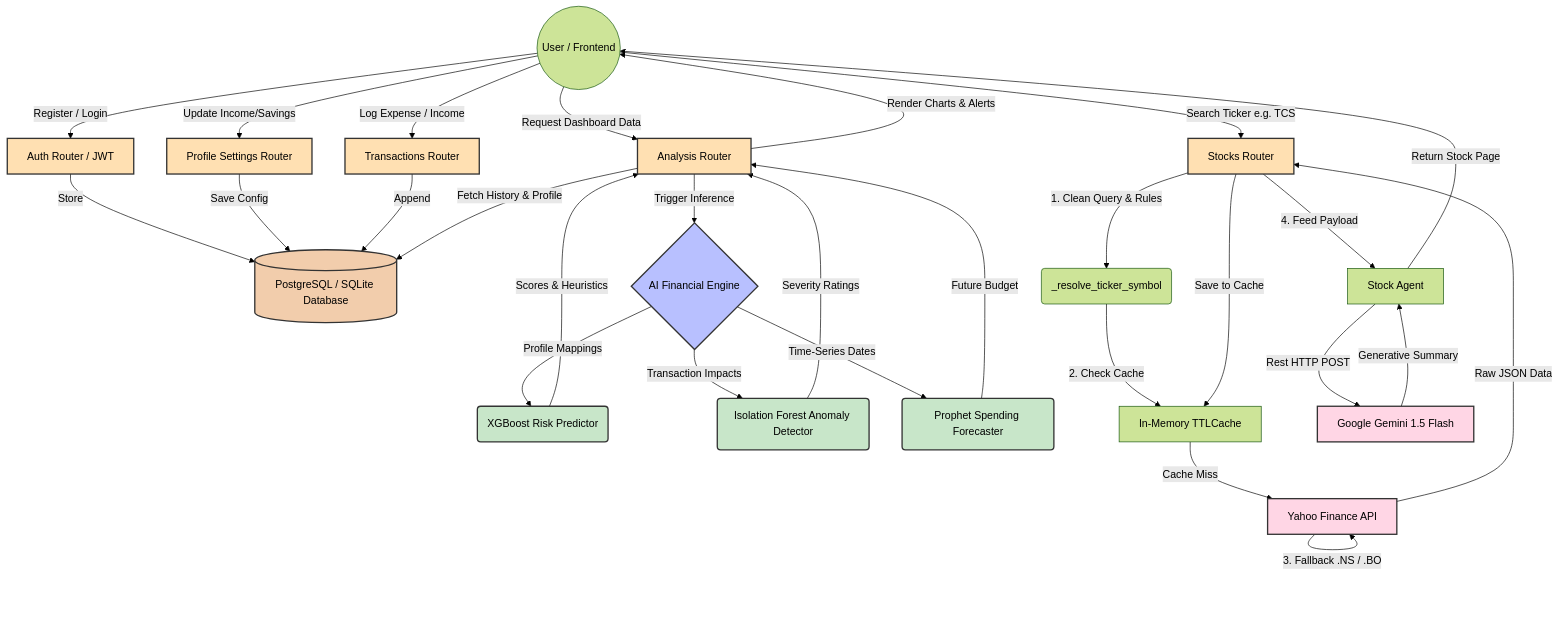
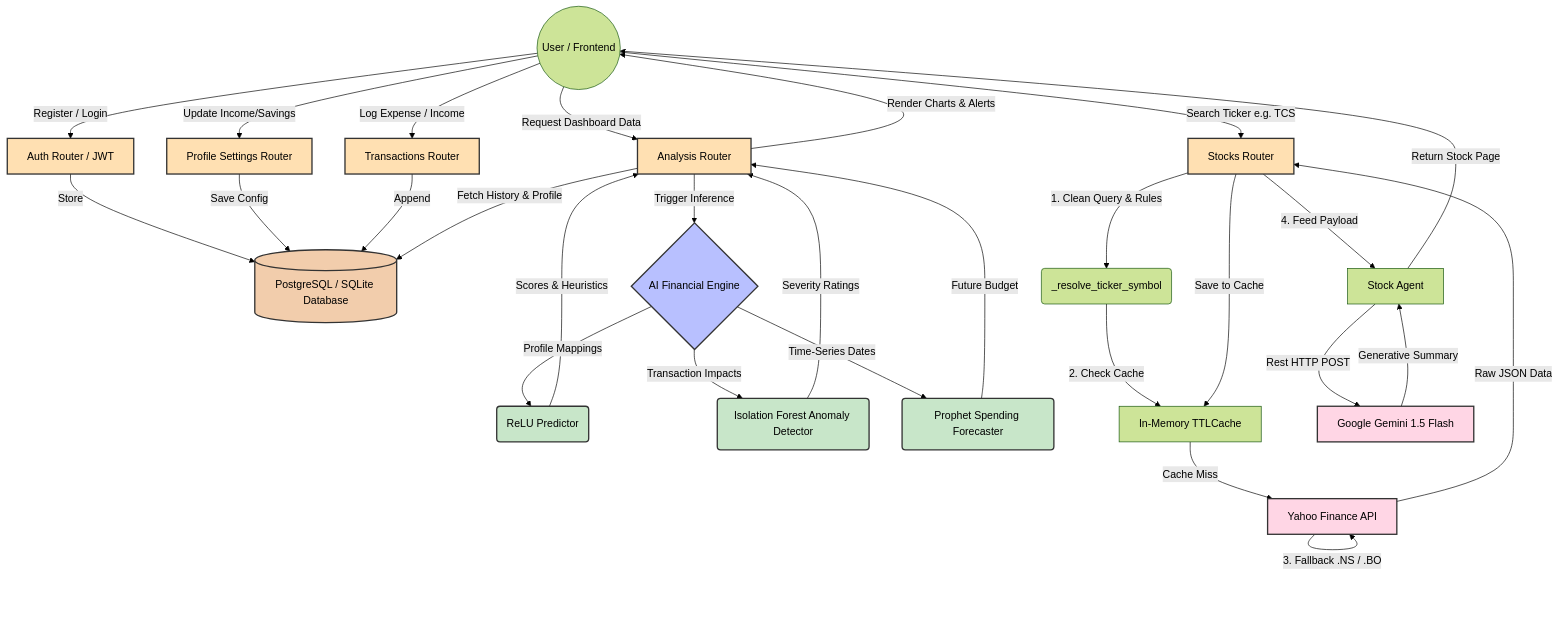
One commit to gunashekar2253/jenkin changed the first of 2 diagrams in WORKFLOWS.md. Above: the diagram before and after it, drawn with Mermaid (forest theme).

````diff
--- a/WORKFLOWS.md
+++ b/WORKFLOWS.md
@@ -11,61 +11,61 @@
 ```mermaid
 graph TD
     %% Core User Actions
     Client((User / Frontend))
     
     %% Auth & Profile
     Client -->|Register / Login| AuthRouter[Auth Router / JWT]
     AuthRouter -->|Store| DB[(PostgreSQL / SQLite Database)]
     Client -->|Update Income/Savings| ProfileRouter[Profile Settings Router]
     ProfileRouter -->|Save Config| DB
     
     %% Transactions
     Client -->|Log Expense / Income| TxnRouter[Transactions Router]
     TxnRouter -->|Append| DB
     
     %% Financial Analysis & Dashboard
     Client -->|Request Dashboard Data| DashboardRouter[Analysis Router]
     DashboardRouter -->|Fetch History & Profile| DB
     
     %% Core ML Inference Layer
     DashboardRouter -->|Trigger Inference| MLEngine{AI Financial Engine}
     
-    MLEngine -->|Profile Mappings| RiskModel(XGBoost Risk Predictor)
+    MLEngine -->|Profile Mappings| RiskModel(ReLU Predictor)
     MLEngine -->|Transaction Impacts| AnomalyModel(Isolation Forest Anomaly Detector)
     MLEngine -->|Time-Series Dates| ProphetModel(Prophet Spending Forecaster)
     
     RiskModel -->|Scores & Heuristics| DashboardRouter
     AnomalyModel -->|Severity Ratings| DashboardRouter
     ProphetModel -->|Future Budget| DashboardRouter
     
     DashboardRouter -->|Render Charts & Alerts| Client
 
     %% Stock Analysis Module
     Client -->|Search Ticker e.g. TCS| StockRouter[Stocks Router]
     StockRouter -->|1. Clean Query & Rules| TickerLogic(_resolve_ticker_symbol)
     
     TickerLogic -->|2. Check Cache| Cache[In-Memory TTLCache]
     Cache -->|Cache Miss| YF[Yahoo Finance API]
     YF -->|3. Fallback .NS / .BO| YF
     YF -->|Raw JSON Data| StockRouter
     StockRouter -->|Save to Cache| Cache
     
     StockRouter -->|4. Feed Payload| LLMAgent[Stock Agent]
     LLMAgent -->|Rest HTTP POST| Gemini[Google Gemini 1.5 Flash]
     Gemini -->|Generative Summary| LLMAgent
     LLMAgent -->|Return Stock Page| Client
     
     %% Semantic Styling
     classDef database fill:#f2cdac,stroke:#333,stroke-width:2px;
     classDef engine fill:#b8c0ff,stroke:#333,stroke-width:2px;
     classDef model fill:#c8e6c9,stroke:#333,stroke-width:2px;
     classDef external fill:#ffd6e5,stroke:#333,stroke-width:2px;
     classDef router fill:#ffe0b2,stroke:#333,stroke-width:2px;
     
     class DB database;
     class MLEngine engine;
     class RiskModel,AnomalyModel,ProphetModel model;
     class Gemini,YF external;
     class AuthRouter,ProfileRouter,TxnRouter,DashboardRouter,StockRouter router;
 
 ```
````
